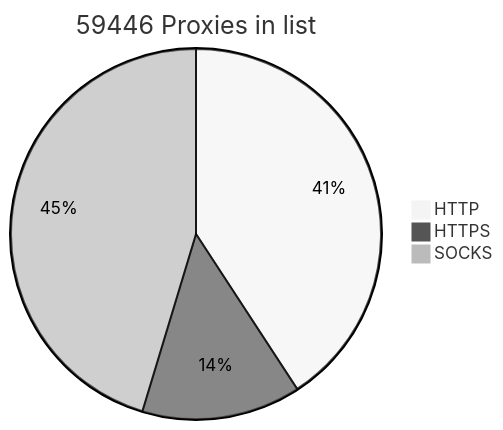
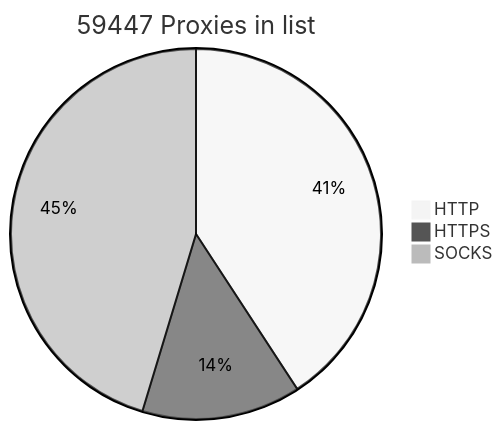
One commit to BlackSnowDot/proxylist-update-every-minute changed the diagram in README.md. Above: the diagram before and after it, drawn with Mermaid (neutral theme).

````diff
--- a/README.md
+++ b/README.md
@@ -2,6 +2,6 @@
 ```mermaid
-pie title 59446 Proxies in list
+pie title 59447 Proxies in list
     "HTTP" : 27370
-    "HTTPS": 9310
+    "HTTPS": 9311
     "SOCKS" : 30410
 ```
````
